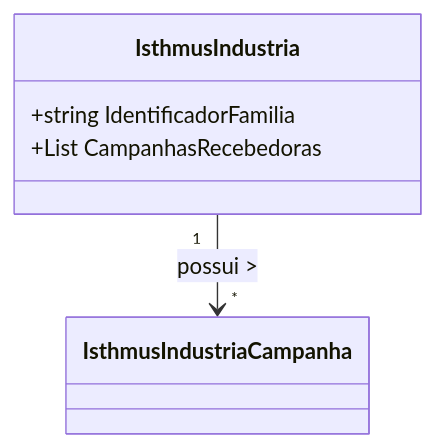
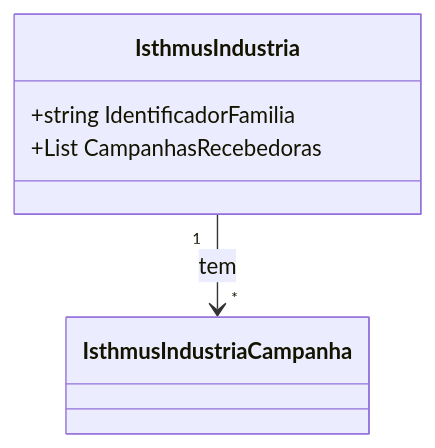
The diagram in docs/b2b-dominio/IsthmusWinthor.Nucleo/IsthmusWinthor.Dominio/POCO/Precos/IsthmusIndustrias/IsthmusIndustriaModel.md (IsthmusSistemas/documentacao-tecnica), drawn with Mermaid before and after one commit. The commit also changed other lines of this file and 882 other files, not shown here.

````diff
--- a/docs/b2b-dominio/IsthmusWinthor.Nucleo/IsthmusWinthor.Dominio/POCO/Precos/IsthmusIndustrias/IsthmusIndustriaModel.md
+++ b/docs/b2b-dominio/IsthmusWinthor.Nucleo/IsthmusWinthor.Dominio/POCO/Precos/IsthmusIndustrias/IsthmusIndustriaModel.md
@@ -36,12 +29,11 @@
 ```mermaid
 classDiagram
     class IsthmusIndustria {
         +string IdentificadorFamilia
         +List<IsthmusIndustriaCampanha> CampanhasRecebedoras
     }
-    
-    class IsthmusIndustriaCampanha {
-    }
 
-    IsthmusIndustria "1" --> "*" IsthmusIndustriaCampanha : possui >
+    class IsthmusIndustriaCampanha
+
+    IsthmusIndustria "1" --> "*" IsthmusIndustriaCampanha : tem
 ```
````
